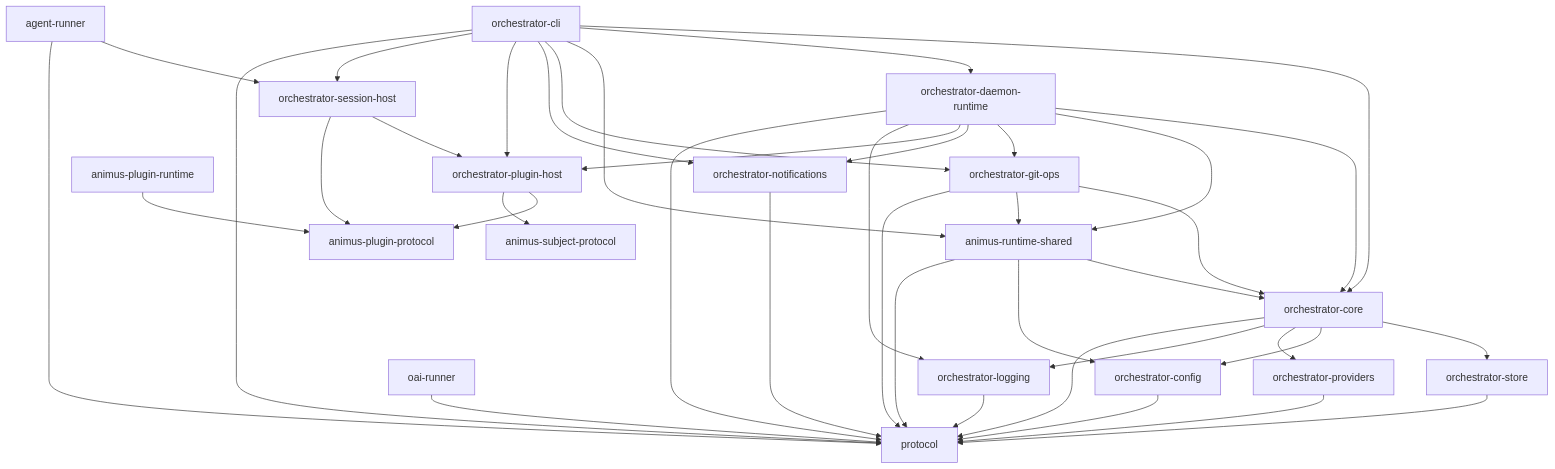
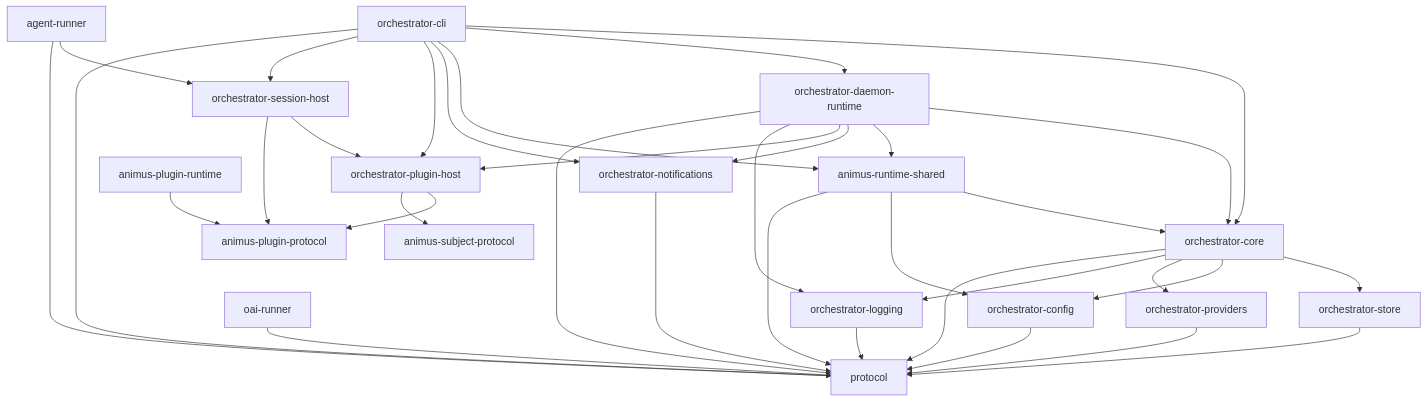
Before and after one commit to launchapp-dev/animus-cli: the diagram in docs/architecture/index.md, drawn with Mermaid. The commit also changed 16 other files, not shown here.

First line of the commit message:
delete orchestrator-git-ops: zero consumers (1472 LOC removed)

````diff
--- a/docs/architecture/index.md
+++ b/docs/architecture/index.md
@@ -22,70 +22,64 @@
 ```mermaid
 graph TD
     CLI[orchestrator-cli]
     CORE[orchestrator-core]
     PROTO[protocol]
     STORE[orchestrator-store]
     CONFIG[orchestrator-config]
     DAEMON[orchestrator-daemon-runtime]
     WR[animus-runtime-shared]
     AR[agent-runner]
     SESSION[orchestrator-session-host]
     PLUGIN_HOST[orchestrator-plugin-host]
     PLUGIN_PROTO[animus-plugin-protocol]
     PLUGIN_RUNTIME[animus-plugin-runtime]
     SUBJECT_PROTO[animus-subject-protocol]
     OAI[oai-runner]
     PROV[orchestrator-providers]
     NOTIF[orchestrator-notifications]
-    GIT[orchestrator-git-ops]
     LOG[orchestrator-logging]
 
     CLI --> CORE
     CLI --> DAEMON
     CLI --> WR
-    CLI --> GIT
     CLI --> NOTIF
     CLI --> PLUGIN_HOST
     CLI --> SESSION
     CLI --> PROTO
 
     DAEMON --> CORE
     DAEMON --> WR
-    DAEMON --> GIT
     DAEMON --> NOTIF
     DAEMON --> PLUGIN_HOST
     DAEMON --> LOG
     DAEMON --> PROTO
 
     WR --> CORE
     WR --> CONFIG
     WR --> PROTO
 
     AR --> SESSION
     AR --> PROTO
 
     SESSION --> PLUGIN_HOST
     SESSION --> PLUGIN_PROTO
 
     PLUGIN_HOST --> PLUGIN_PROTO
     PLUGIN_HOST --> SUBJECT_PROTO
 
     CORE --> STORE
     CORE --> CONFIG
     CORE --> PROV
     CORE --> LOG
     CORE --> PROTO
 
     OAI --> PROTO
-    GIT --> CORE
-    GIT --> WR
-    GIT --> PROTO
 
     STORE --> PROTO
     CONFIG --> PROTO
     PROV --> PROTO
     NOTIF --> PROTO
     LOG --> PROTO
 
     PLUGIN_RUNTIME --> PLUGIN_PROTO
 ```
````
